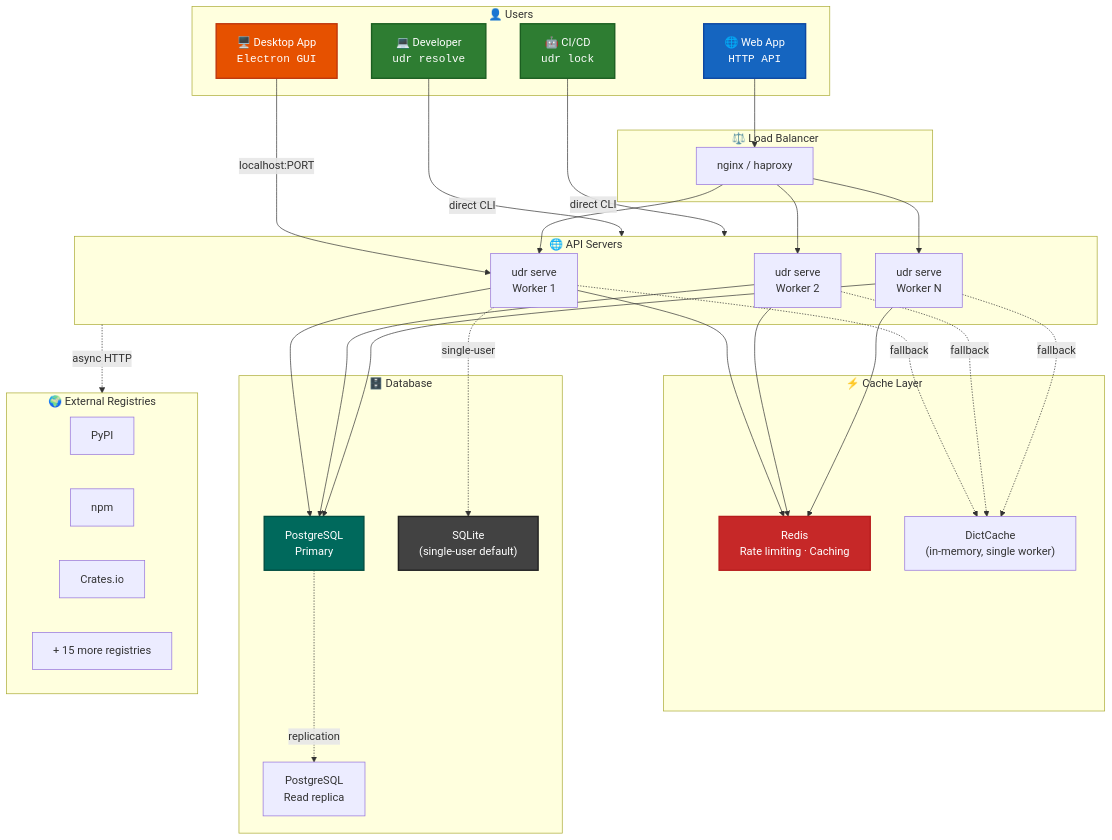
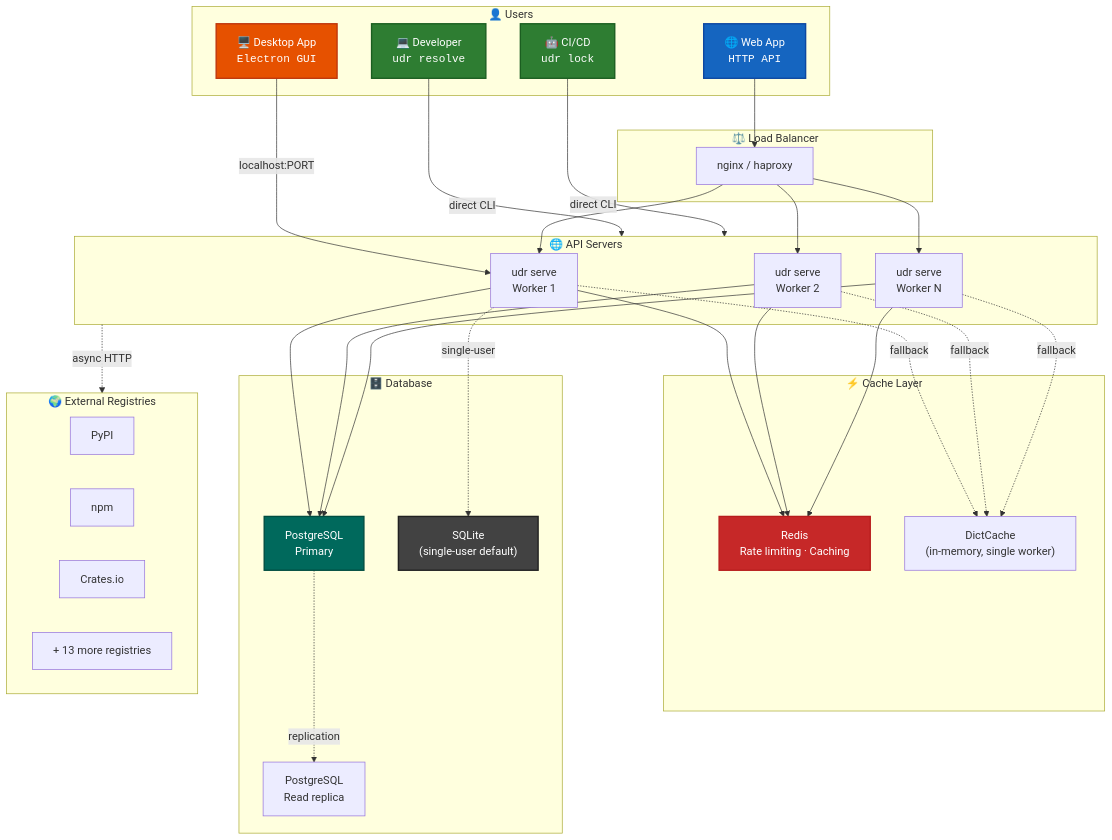
One commit to code-with-zeeshan/universal-dependency-resolver changed the diagram in docs/DEPLOYMENT.md. Above: the diagram before and after it, drawn with Mermaid. The commit also changed other lines of this file and 154 other files, not shown here.

````diff
--- a/docs/DEPLOYMENT.md
+++ b/docs/DEPLOYMENT.md
@@ -5,65 +5,65 @@
 ```mermaid
 graph TB
     subgraph Users["👤 Users"]
         DEV["💻 Developer<br/><code>udr resolve</code>"]
         CI["🤖 CI/CD<br/><code>udr lock</code>"]
         APP["🌐 Web App<br/><code>HTTP API</code>"]
         DESKTOP["🖥️ Desktop App<br/><code>Electron GUI</code>"]
     end
 
     subgraph LB["⚖️ Load Balancer"]
         NGINX["nginx / haproxy"]
     end
 
     subgraph API["🌐 API Servers"]
         S1["udr serve<br/>Worker 1"]
         S2["udr serve<br/>Worker 2"]
         S3["udr serve<br/>Worker N"]
     end
 
     subgraph Cache["⚡ Cache Layer"]
         REDIS["Redis<br/>Rate limiting · Caching"]
         DICTCACHE["DictCache<br/>(in-memory, single worker)"]
     end
 
     subgraph DB["🗄️ Database"]
         PG["PostgreSQL<br/>Primary"]
         PG_REPLICA["PostgreSQL<br/>Read replica"]
         SQLITE["SQLite<br/>(single-user default)"]
     end
 
     subgraph External["🌍 External Registries"]
         PYPI_REG["PyPI"]
         NPM_REG["npm"]
         CRATES_REG["Crates.io"]
-        MORE_REG["+ 15 more registries"]
+        MORE_REG["+ 13 more registries"]
     end
 
     DEV -->|"direct CLI"| API
     CI -->|"direct CLI"| API
     DESKTOP -->|"localhost:PORT"| S1
     APP --> NGINX
     NGINX --> S1
     NGINX --> S2
     NGINX --> S3
     S1 --> REDIS
     S2 --> REDIS
     S3 --> REDIS
     S1 --> PG
     S2 --> PG
     S3 --> PG
     PG -.->|"replication"| PG_REPLICA
     S1 -.->|"fallback"| DICTCACHE
     S2 -.->|"fallback"| DICTCACHE
     S3 -.->|"fallback"| DICTCACHE
     S1 -.->|"single-user"| SQLITE
     API -.->|"async HTTP"| External
 
     style DEV fill:#2e7d32,color:#fff,stroke:#1b5e20,stroke-width:2px
     style CI fill:#2e7d32,color:#fff,stroke:#1b5e20,stroke-width:2px
     style APP fill:#1565c0,color:#fff,stroke:#0d47a1,stroke-width:2px
     style DESKTOP fill:#e65100,color:#fff,stroke:#bf360c,stroke-width:2px
     style PG fill:#00695c,color:#fff,stroke:#004d40,stroke-width:2px
     style REDIS fill:#c62828,color:#fff,stroke:#b71c1c,stroke-width:2px
     style SQLITE fill:#424242,color:#fff,stroke:#212121,stroke-width:2px
 ```
````
